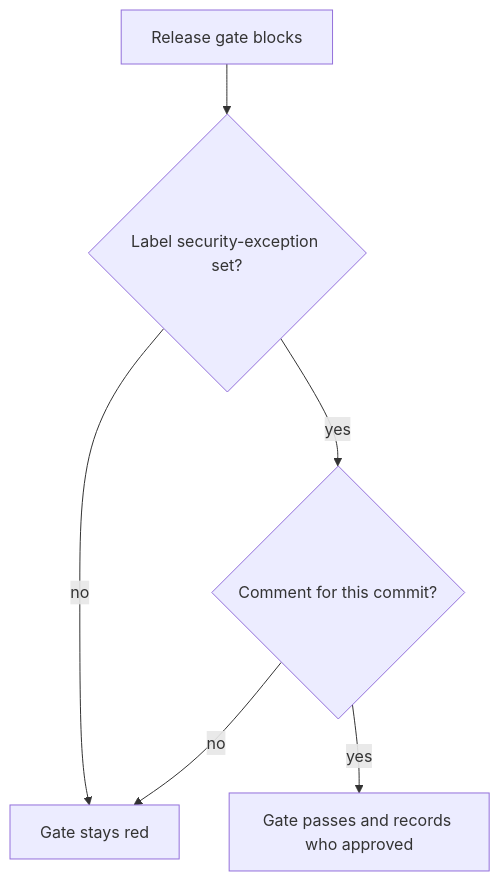
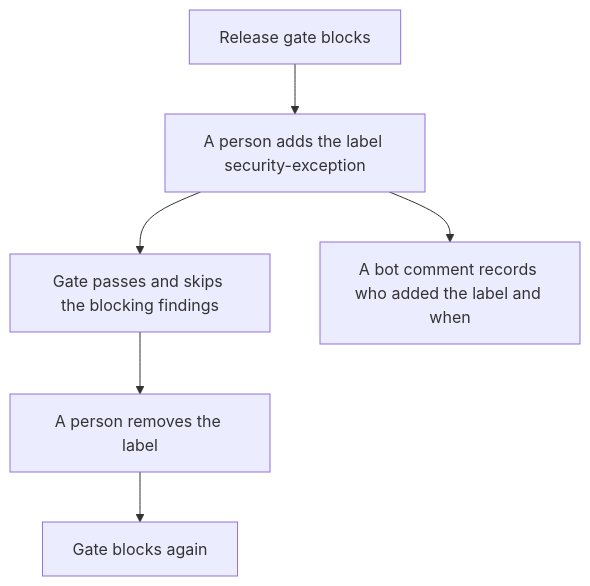
The second of 3 diagrams in docs/security/image-vulnerabilities.md (Unique-AG/connectors), drawn with Mermaid before and after one commit. The commit also changed other lines of this file and 1 other file, not shown here.

Commit message:
docs(main): describe the release gate skip as one label with a bot comment

````diff
--- a/docs/security/image-vulnerabilities.md
+++ b/docs/security/image-vulnerabilities.md
@@ -48,8 +48,8 @@
 ```mermaid
 flowchart TD
-  blocked[Release gate blocks] --> label{Label security-exception set?}
-  label -->|no| red[Gate stays red]
-  label -->|yes| stamp{Comment for this commit?}
-  stamp -->|no| red
-  stamp -->|yes| green[Gate passes and records who approved]
+  blocked[Release gate blocks] --> add[A person adds the label security-exception]
+  add --> green[Gate passes and skips the blocking findings]
+  add --> record[A bot comment records who added the label and when]
+  green --> remove[A person removes the label]
+  remove --> red[Gate blocks again]
 ```
````
